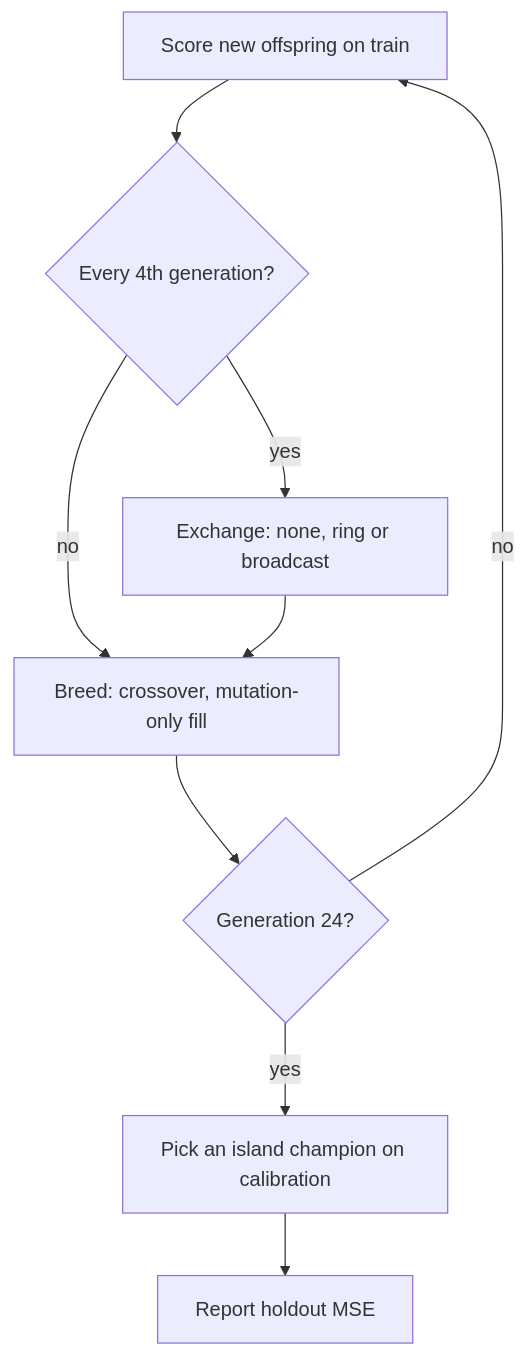
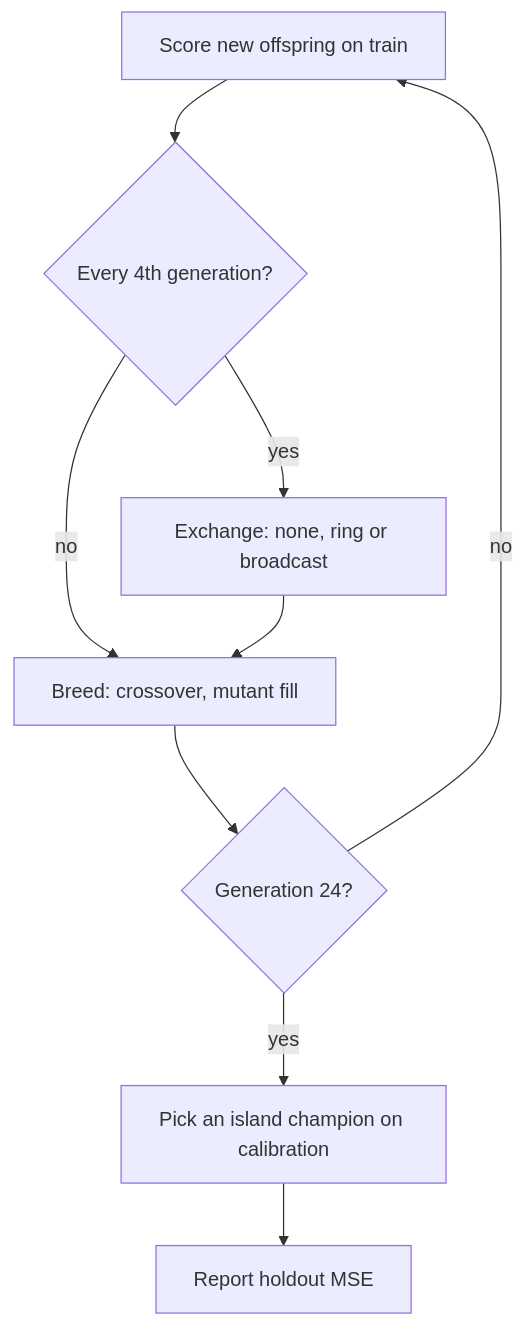
One commit to stSoftwareAU/NEAT-AI changed the diagram in docs/archive/pr-summaries/pr-summary-4159.md. Above: the diagram before and after it, drawn with Mermaid. The commit also changed other lines of this file and 5 other files, not shown here.

````diff
--- a/docs/archive/pr-summaries/pr-summary-4159.md
+++ b/docs/archive/pr-summaries/pr-summary-4159.md
@@ -78,11 +90,11 @@
 ```mermaid
 flowchart TD
     A["Score new offspring on train"] --> B{"Every 4th generation?"}
     B -- "yes" --> C["Exchange: none, ring or broadcast"]
-    B -- "no" --> D["Breed: crossover, mutation-only fill"]
+    B -- "no" --> D["Breed: crossover, mutant fill"]
     C --> D
     D --> E{"Generation 24?"}
     E -- "no" --> A
     E -- "yes" --> F["Pick an island champion on calibration"]
     F --> G["Report holdout MSE"]
 ```
````
